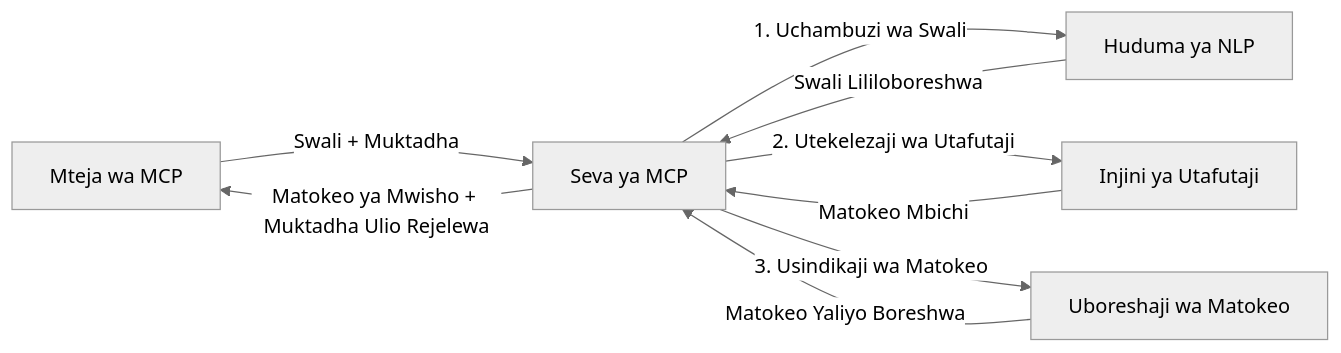
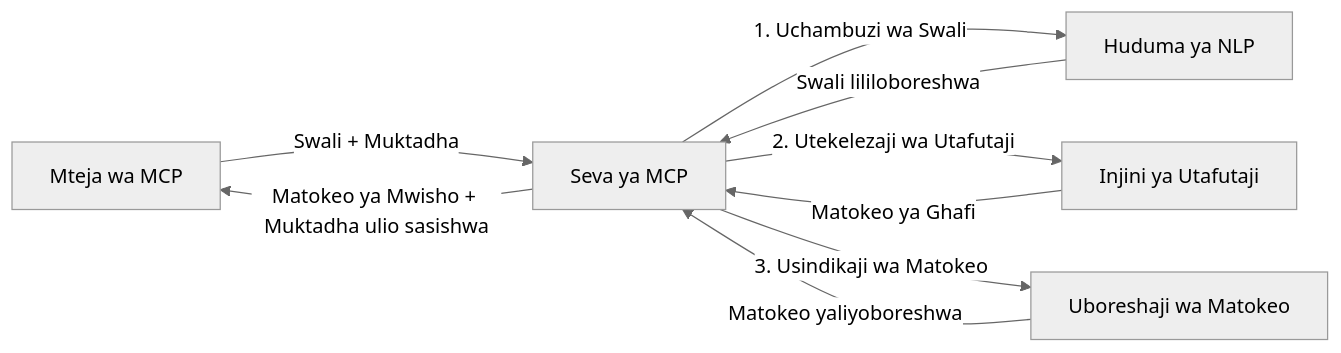
One commit to microsoft/mcp-for-beginners changed the fourth of 4 diagrams in translations/sw/05-AdvancedTopics/mcp-realtimesearch/README.md. Above: the diagram before and after it, drawn with Mermaid (neutral theme). The commit also changed other lines of this file and 140 other files, not shown here.

````diff
--- a/translations/sw/05-AdvancedTopics/mcp-realtimesearch/README.md
+++ b/translations/sw/05-AdvancedTopics/mcp-realtimesearch/README.md
@@ -626,11 +628,11 @@
 ```mermaid
 graph LR
     Client[Mteja wa MCP] --> |Swali + Muktadha| Server[Seva ya MCP]
     Server --> |1. Uchambuzi wa Swali| NLP[Huduma ya NLP]
-    NLP --> |Swali Lililoboreshwa| Server
+    NLP --> |Swali lililoboreshwa| Server
     Server --> |2. Utekelezaji wa Utafutaji| Search[Injini ya Utafutaji]
-    Search --> |Matokeo Mbichi| Server
+    Search --> |Matokeo ya Ghafi| Server
     Server --> |3. Usindikaji wa Matokeo| Enhancement[Uboreshaji wa Matokeo]
-    Enhancement --> |Matokeo Yaliyo Boreshwa| Server
-    Server --> |Matokeo ya Mwisho + Muktadha Ulio Rejelewa| Client
+    Enhancement --> |Matokeo yaliyoboreshwa| Server
+    Server --> |Matokeo ya Mwisho + Muktadha ulio sasishwa| Client
 ```
````
